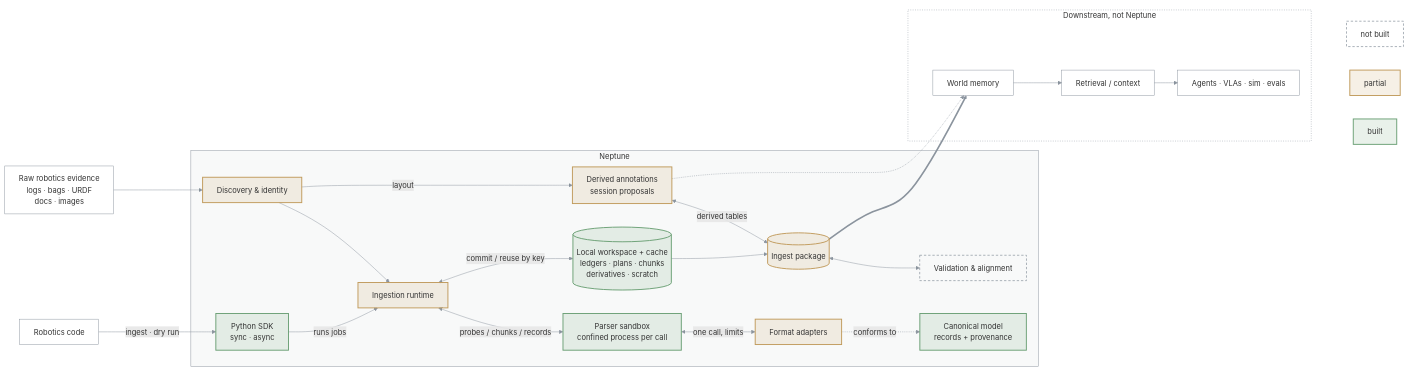
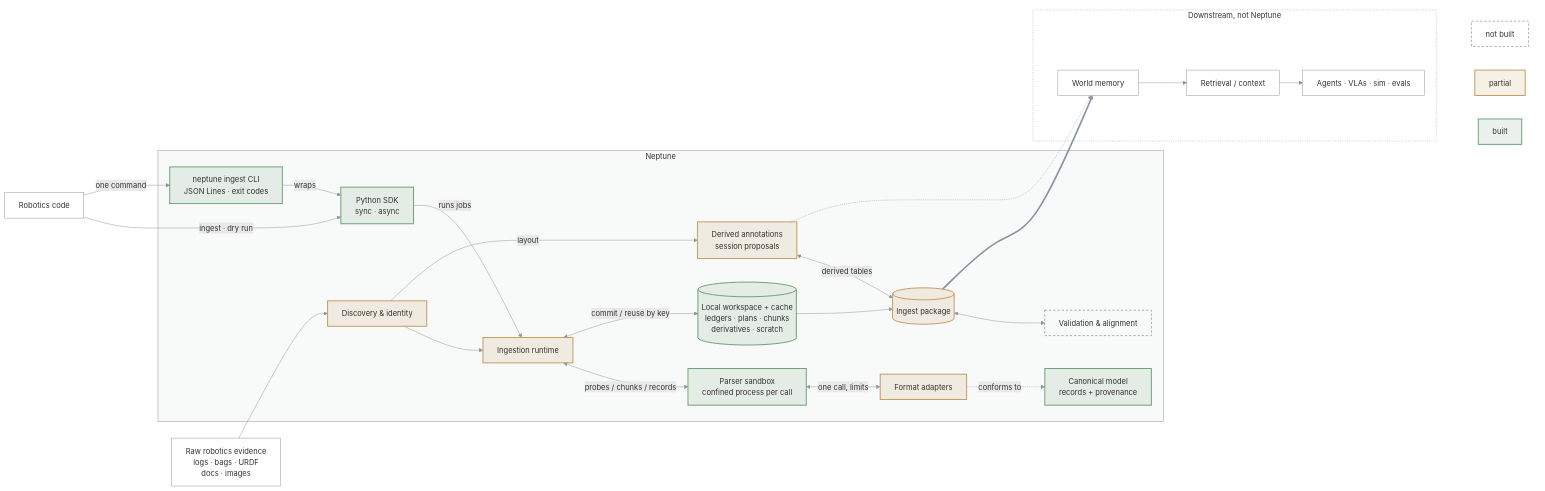
One commit to bennytay/neptune changed the diagram in ARCHITECTURE.md. Above: the diagram before and after it, drawn with Mermaid. The commit also changed 6 other files, not shown here.

First line of the commit message:
docs(cli): ADR 0043, docs/cli.md, SDK/security/pipeline updates, CLI box

````diff
--- a/ARCHITECTURE.md
+++ b/ARCHITECTURE.md
@@ -3,60 +3,62 @@
 ```mermaid
 flowchart LR
   RAW["Raw robotics evidence<br/>logs · bags · URDF<br/>docs · images"]
   DEV["Robotics code"]
 
   subgraph N["Neptune"]
+    CLI["neptune ingest CLI<br/>JSON Lines · exit codes"]
     SDK["Python SDK<br/>sync · async"]
     DISC["Discovery &amp; identity"]
     RT["Ingestion runtime"]
     WS[("Local workspace + cache<br/>ledgers · plans · chunks<br/>derivatives · scratch")]
     AD["Format adapters"]
     SB["Parser sandbox<br/>confined process per call"]
     CAN["Canonical model<br/>records + provenance"]
     PKG[("Ingest package")]
     VAL["Validation &amp; alignment"]
     DER["Derived annotations<br/>session proposals"]
   end
 
   subgraph D["Downstream, not Neptune"]
     MEM["World memory"]
     RET["Retrieval / context"]
     USE["Agents · VLAs · sim · evals"]
   end
 
   RAW --> DISC --> RT
   DEV -->|ingest · dry run| SDK -->|runs jobs| RT
+  DEV -->|one command| CLI -->|wraps| SDK
   RT <-->|probes / chunks / records| SB
   SB <-->|one call, limits| AD
   AD -.->|conforms to| CAN
   RT <-->|commit / reuse by key| WS
   WS --> PKG
   PKG <--> VAL
   DISC -->|layout| DER
   DER <-->|derived tables| PKG
   PKG ==> MEM --> RET --> USE
   DER -.-> MEM
 
   subgraph KEY[" "]
     K1["built"]
     K2["partial"]
     K3["not built"]
   end
   USE ~~~ K1 & K2 & K3
 
   classDef built fill:#6a9f7426,stroke:#6a9f74,stroke-width:2px
   classDef partial fill:#c09a5b26,stroke:#c09a5b,stroke-width:2px
   classDef todo fill:none,stroke:#8b949e,stroke-width:1.5px,stroke-dasharray:5 4
   classDef ext fill:none,stroke:#8b949e,stroke-width:1px
   class CAN,WS,K1 built
   class DISC,RT,AD,PKG,DER,K2 partial
   class VAL,K3 todo
   class SB built
-  class SDK built
+  class SDK,CLI built
   class DEV ext
   class RAW,MEM,RET,USE ext
   style N fill:#8b949e0f,stroke:#8b949e
   style D fill:none,stroke:#8b949e,stroke-dasharray:2 3
   style KEY fill:none,stroke:none
   linkStyle default stroke:#8b949e
 ```
````
